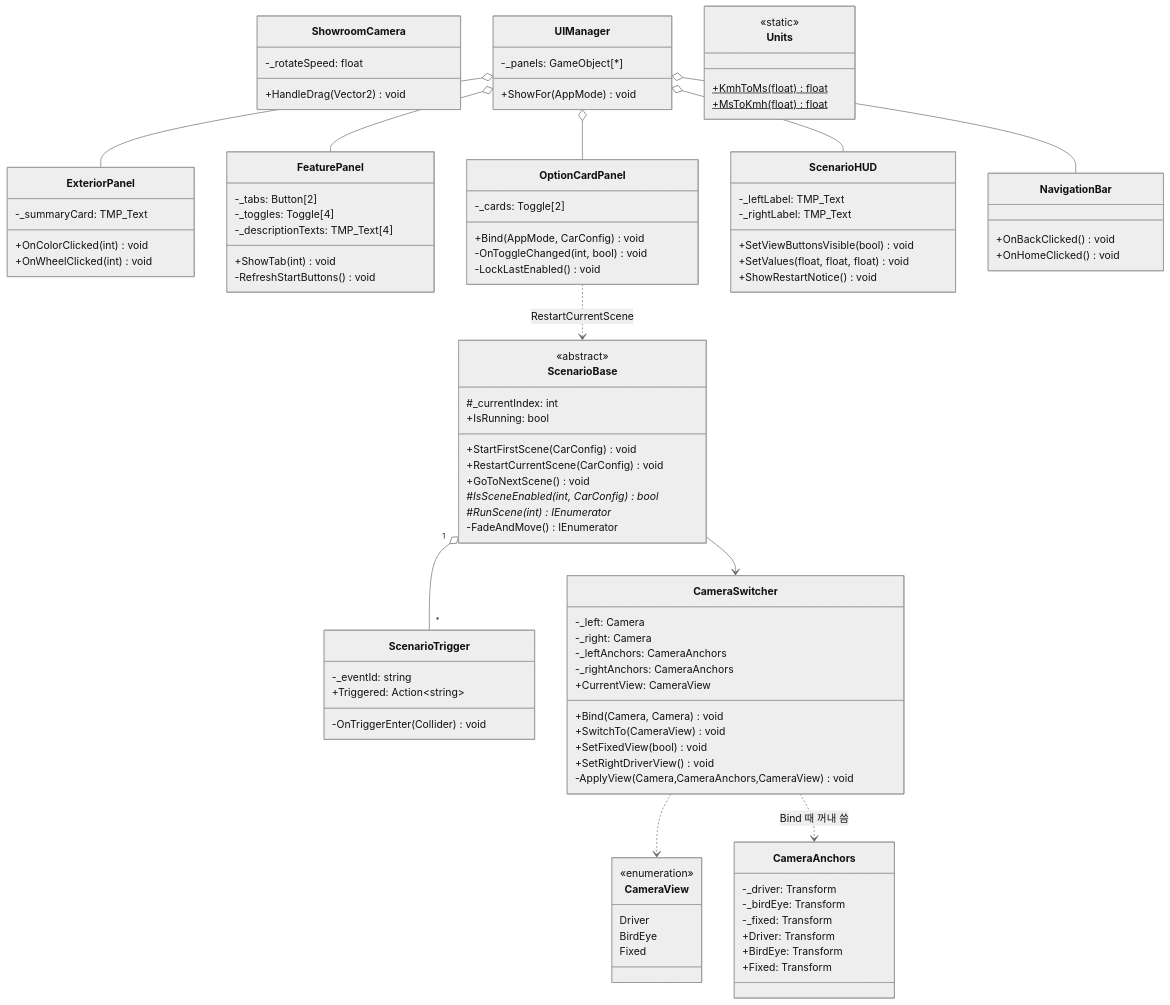
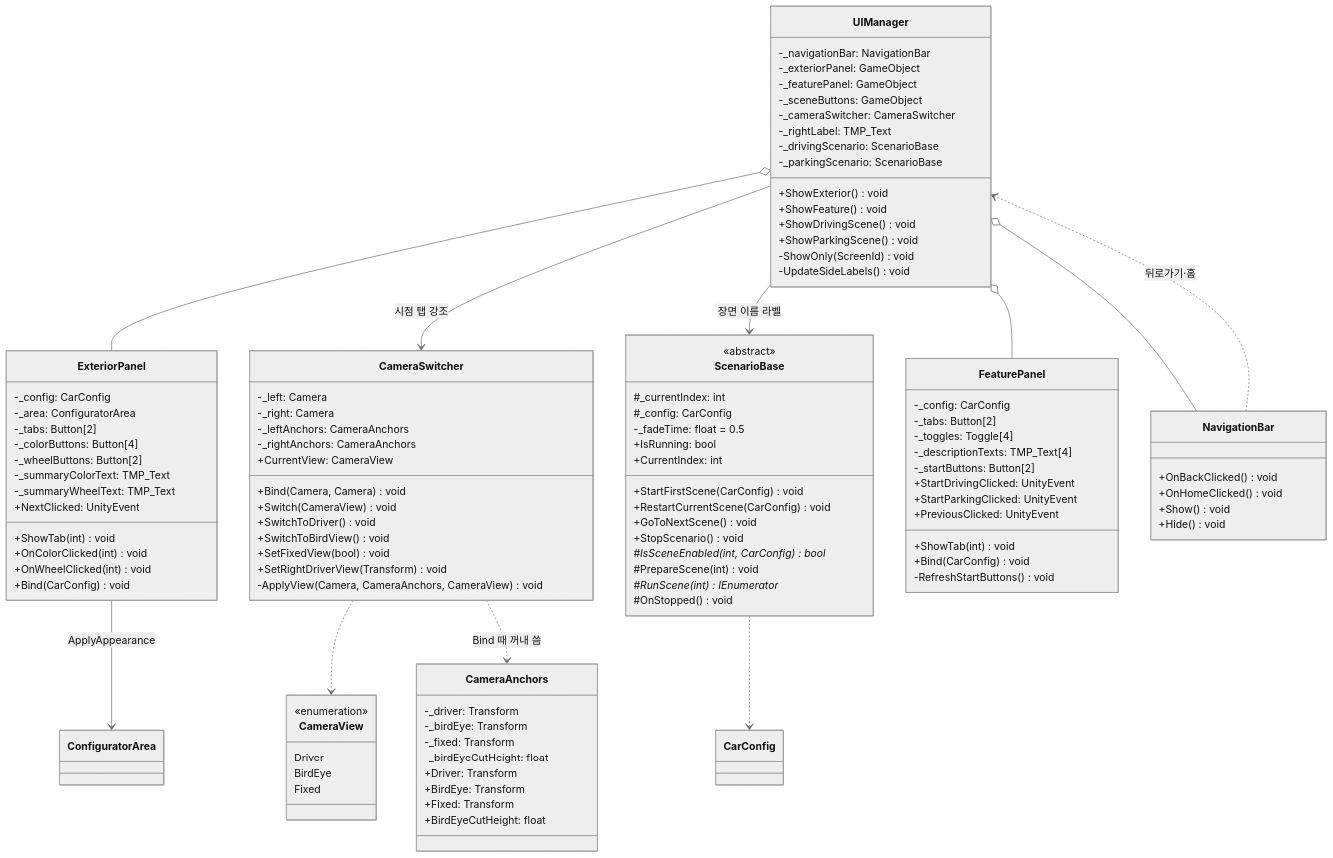
One commit to cuhote/YEYU_CarConfigurator_UnityProject changed the second of 4 diagrams in docs/CLASS_DESIGN.md. Above: the diagram before and after it, drawn with Mermaid (neutral theme). The commit also changed other lines of this file and 4 other files, not shown here.

````diff
--- a/docs/CLASS_DESIGN.md
+++ b/docs/CLASS_DESIGN.md
@@ -187,18 +185,18 @@
   class ScenarioBase {
     <<abstract>>
     #_currentIndex: int
+    #_config: CarConfig
+    -_fadeTime: float = 0.5
     +IsRunning: bool
+    +CurrentIndex: int
     +StartFirstScene(CarConfig) void
     +RestartCurrentScene(CarConfig) void
     +GoToNextScene() void
+    +StopScenario() void
     #IsSceneEnabled(int, CarConfig)* bool
+    #PrepareScene(int) void
     #RunScene(int)* IEnumerator
-    -FadeAndMove() IEnumerator
-  }
-  class ScenarioTrigger {
-    -_eventId: string
-    +Triggered: Action~string~
-    -OnTriggerEnter(Collider) void
+    #OnStopped() void
   }
   class CameraSwitcher {
     -_left: Camera
@@ -207,18 +205,22 @@
     -_rightAnchors: CameraAnchors
     +CurrentView: CameraView
     +Bind(Camera, Camera) void
-    +SwitchTo(CameraView) void
+    +Switch(CameraView) void
+    +SwitchToDriver() void
+    +SwitchToBirdView() void
     +SetFixedView(bool) void
-    +SetRightDriverView() void
-    -ApplyView(Camera,CameraAnchors,CameraView) void
+    +SetRightDriverView(Transform) void
+    -ApplyView(Camera, CameraAnchors, CameraView) void
   }
   class CameraAnchors {
     -_driver: Transform
     -_birdEye: Transform
     -_fixed: Transform
+    -_birdEyeCutHeight: float
     +Driver: Transform
     +BirdEye: Transform
     +Fixed: Transform
+    +BirdEyeCutHeight: float
   }
   class CameraView {
     <<enumeration>>
@@ -226,56 +228,63 @@
     BirdEye
     Fixed
   }
-  class ShowroomCamera {
-    -_rotateSpeed: float
-    +HandleDrag(Vector2) void
-  }
   class UIManager {
-    -_panels: GameObject[*]
-    +ShowFor(AppMode) void
+    -_navigationBar: NavigationBar
+    -_exteriorPanel: GameObject
+    -_featurePanel: GameObject
+    -_sceneButtons: GameObject
+    -_cameraSwitcher: CameraSwitcher
+    -_rightLabel: TMP_Text
+    -_drivingScenario: ScenarioBase
+    -_parkingScenario: ScenarioBase
+    +ShowExterior() void
+    +ShowFeature() void
+    +ShowDrivingScene() void
+    +ShowParkingScene() void
+    -ShowOnly(ScreenId) void
+    -UpdateSideLabels() void
   }
   class ExteriorPanel {
-    -_summaryCard: TMP_Text
+    -_config: CarConfig
+    -_area: ConfiguratorArea
+    -_tabs: Button[2]
+    -_colorButtons: Button[4]
+    -_wheelButtons: Button[2]
+    -_summaryColorText: TMP_Text
+    -_summaryWheelText: TMP_Text
+    +NextClicked: UnityEvent
+    +ShowTab(int) void
     +OnColorClicked(int) void
     +OnWheelClicked(int) void
+    +Bind(CarConfig) void
   }
   class FeaturePanel {
+    -_config: CarConfig
     -_tabs: Button[2]
     -_toggles: Toggle[4]
     -_descriptionTexts: TMP_Text[4]
+    -_startButtons: Button[2]
+    +StartDrivingClicked: UnityEvent
+    +StartParkingClicked: UnityEvent
+    +PreviousClicked: UnityEvent
     +ShowTab(int) void
+    +Bind(CarConfig) void
     -RefreshStartButtons() void
-  }
-  class OptionCardPanel {
-    -_cards: Toggle[2]
-    +Bind(AppMode, CarConfig) void
-    -OnToggleChanged(int, bool) void
-    -LockLastEnabled() void
-  }
-  class ScenarioHUD {
-    -_leftLabel: TMP_Text
-    -_rightLabel: TMP_Text
-    +SetViewButtonsVisible(bool) void
-    +SetValues(float, float, float) void
-    +ShowRestartNotice() void
   }
   class NavigationBar {
     +OnBackClicked() void
     +OnHomeClicked() void
+    +Show() void
+    +Hide() void
   }
-  class Units {
-    <<static>>
-    +KmhToMs(float) float$
-    +MsToKmh(float) float$
-  }
-  ScenarioBase "1" o-- "*" ScenarioTrigger
-  ScenarioBase --> CameraSwitcher
+  ScenarioBase ..> CarConfig
   CameraSwitcher ..> CameraView
   CameraSwitcher ..> CameraAnchors : Bind 때 꺼내 씀
-  OptionCardPanel ..> ScenarioBase : RestartCurrentScene
   UIManager o-- ExteriorPanel
   UIManager o-- FeaturePanel
-  UIManager o-- ScenarioHUD
-  UIManager o-- OptionCardPanel
   UIManager o-- NavigationBar
+  UIManager --> CameraSwitcher : 시점 탭 강조
+  UIManager --> ScenarioBase : 장면 이름 라벨
+  ExteriorPanel --> ConfiguratorArea : ApplyAppearance
+  NavigationBar ..> UIManager : 뒤로가기·홈
 ```
````
